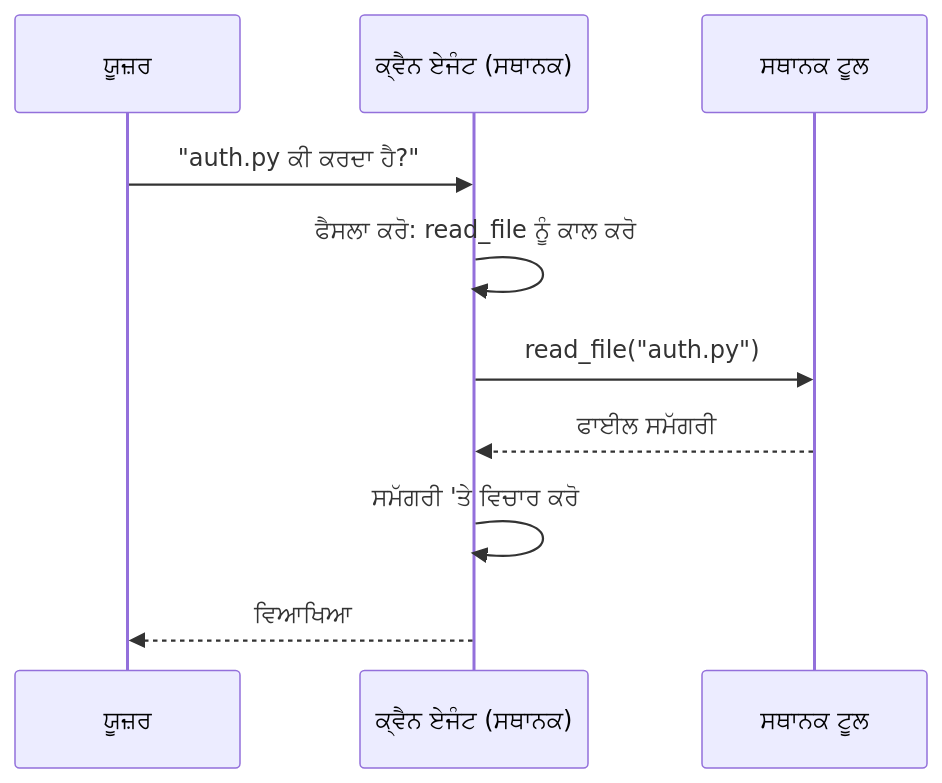
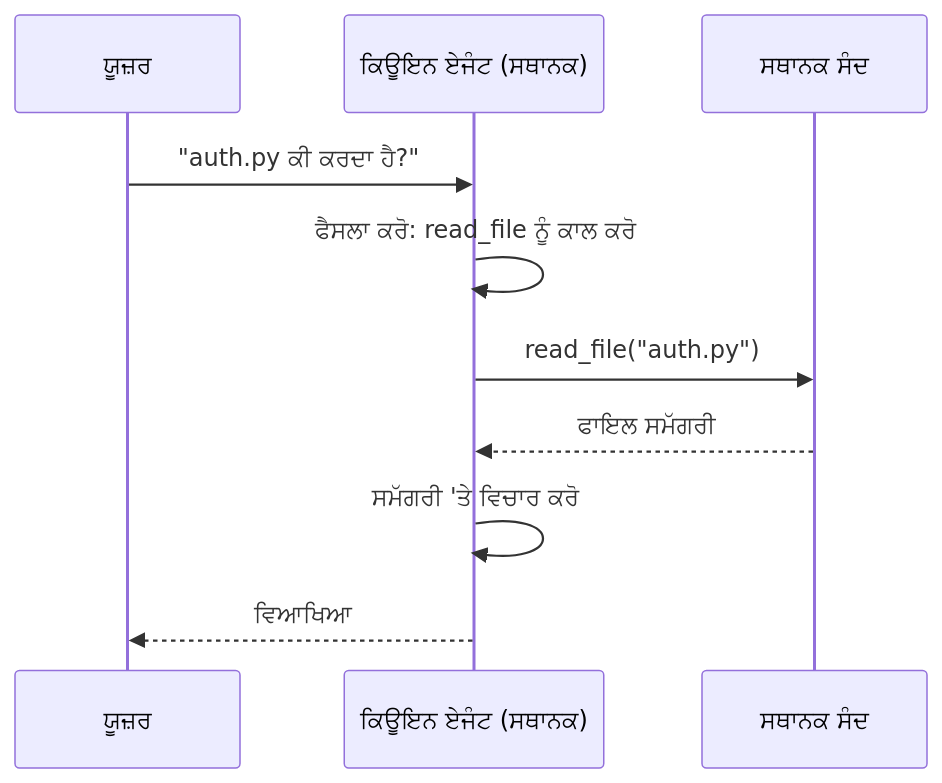
Before and after one commit to gabrielmoreira/agent-skills-mirror: the second of 4 diagrams in mirrors/repos/microsoft@ai-agents-for-beginners/translations/pa/17-creating-local-ai-agents/README.md, drawn with Mermaid. The commit also changed other lines of this file and 4262 other files, not shown here.

````diff
--- a/mirrors/repos/microsoft@ai-agents-for-beginners/translations/pa/17-creating-local-ai-agents/README.md
+++ b/mirrors/repos/microsoft@ai-agents-for-beginners/translations/pa/17-creating-local-ai-agents/README.md
@@ -106,12 +106,12 @@
 ```mermaid
 sequenceDiagram
     participant U as ਯੂਜ਼ਰ
-    participant A as ਕ੍ਵੈਨ ਏਜੰਟ (ਸਥਾਨਕ)
-    participant T as ਸਥਾਨਕ ਟੂਲ
+    participant A as ਕਿਊਇਨ ਏਜੰਟ (ਸਥਾਨਕ)
+    participant T as ਸਥਾਨਕ ਸੰਦ
     U->>A: "auth.py ਕੀ ਕਰਦਾ ਹੈ?"
     A->>A: ਫੈਸਲਾ ਕਰੋ: read_file ਨੂੰ ਕਾਲ ਕਰੋ
     A->>T: read_file("auth.py")
-    T-->>A: ਫਾਈਲ ਸਮੱਗਰੀ
+    T-->>A: ਫਾਇਲ ਸਮੱਗਰੀ
     A->>A: ਸਮੱਗਰੀ 'ਤੇ ਵਿਚਾਰ ਕਰੋ
     A-->>U: ਵਿਆਖਿਆ
 ```
````
